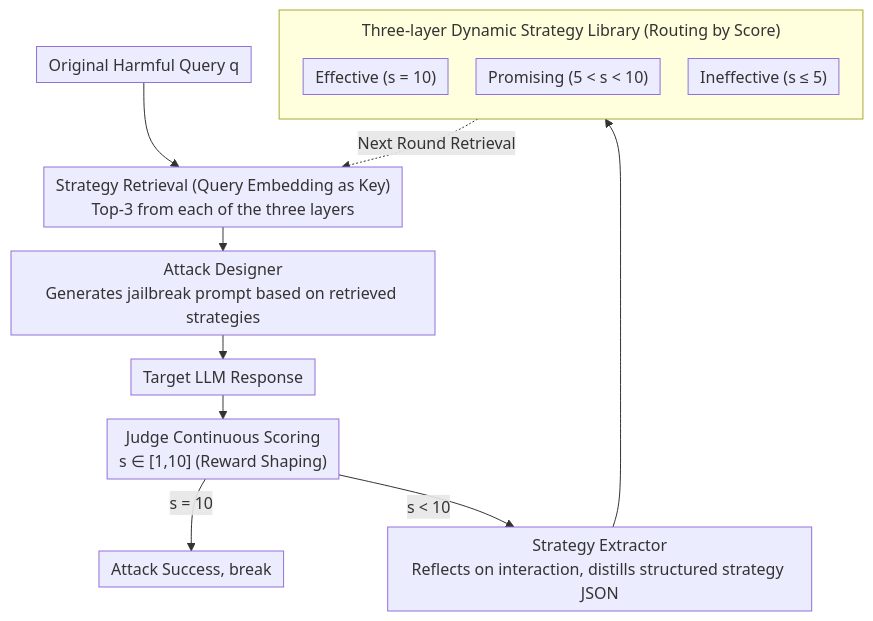
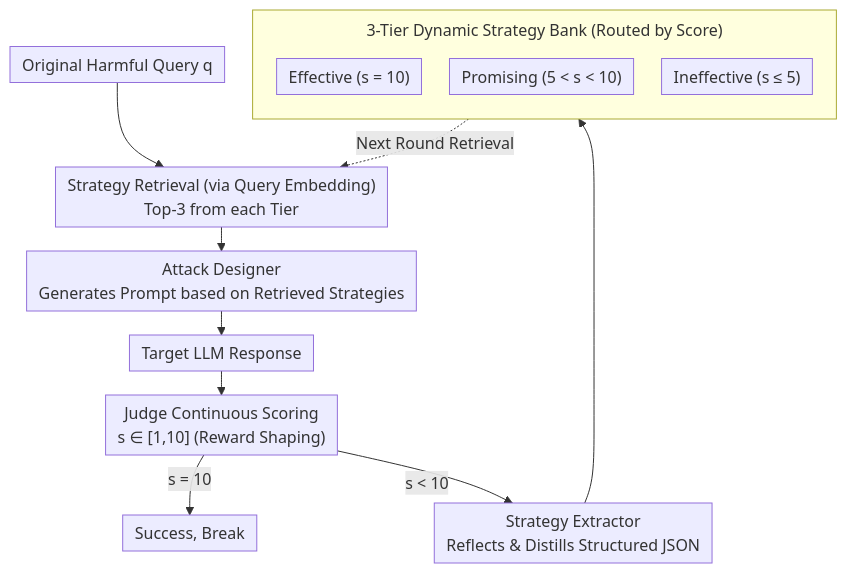
Before and after one commit to zhaoyang97/Paper-Notes-en: the diagram in docs/ACL2026/llm_safety/astra_an_automated_framework_for_strategy_discovery_retrieval_and_evolution_for_.md, drawn with Mermaid. The commit also changed other lines of this file and 5084 other files, not shown here.

````diff
--- a/docs/ACL2026/llm_safety/astra_an_automated_framework_for_strategy_discovery_retrieval_and_evolution_for_.md
+++ b/docs/ACL2026/llm_safety/astra_an_automated_framework_for_strategy_discovery_retrieval_and_evolution_for_.md
@@ -42,18 +42,18 @@
 ```mermaid
 %%{init: {'flowchart': {'rankSpacing': 24, 'nodeSpacing': 28, 'padding': 6, 'wrappingWidth': 400, 'subGraphTitleMargin': {'top': 8, 'bottom': 16}}}}%%
 flowchart TD
-    Q["Original Harmful Query q"] --> R["Strategy Retrieval (Query Embedding as Key)<br/>Top-3 from each of the three layers"]
-    R --> A["Attack Designer<br/>Generates jailbreak prompt based on retrieved strategies"]
+    Q["Original Harmful Query q"] --> R["Strategy Retrieval (via Query Embedding)<br/>Top-3 from each Tier"]
+    R --> A["Attack Designer<br/>Generates Prompt based on Retrieved Strategies"]
     A --> T["Target LLM Response"]
     T --> J["Judge Continuous Scoring<br/>s ∈ [1,10] (Reward Shaping)"]
-    J -->|"s = 10"| OUT["Attack Success, break"]
-    J -->|"s < 10"| E["Strategy Extractor<br/>Reflects on interaction, distills structured strategy JSON"]
+    J -->|"s = 10"| OUT["Success, Break"]
+    J -->|"s < 10"| E["Strategy Extractor<br/>Reflects & Distills Structured JSON"]
     E --> LIB
-    subgraph LIB["Three-layer Dynamic Strategy Library (Routing by Score)"]
+    subgraph LIB["3-Tier Dynamic Strategy Bank (Routed by Score)"]
         direction TB
         L1["Effective (s = 10)"]
         L2["Promising (5 < s < 10)"]
         L3["Ineffective (s ≤ 5)"]
     end
     LIB -.->|"Next Round Retrieval"| R
 ```
````
